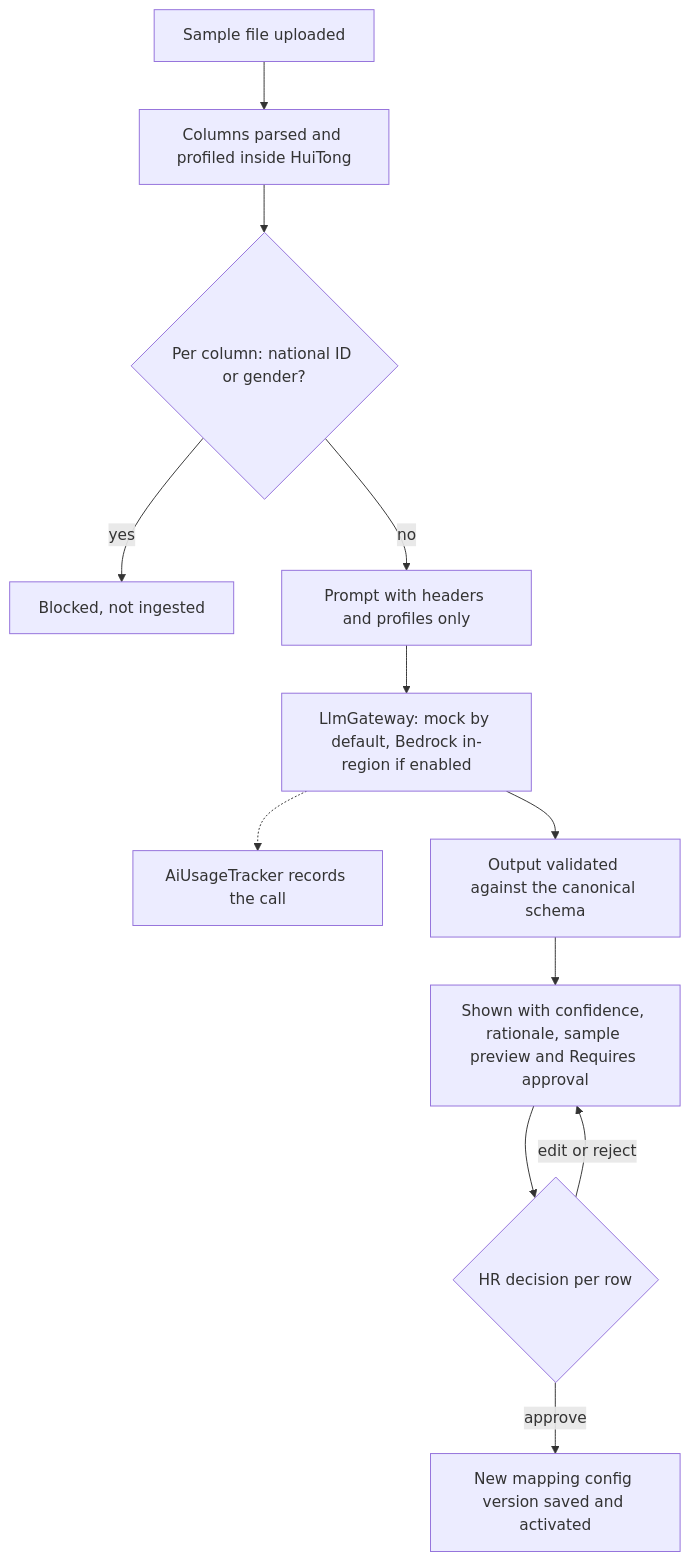
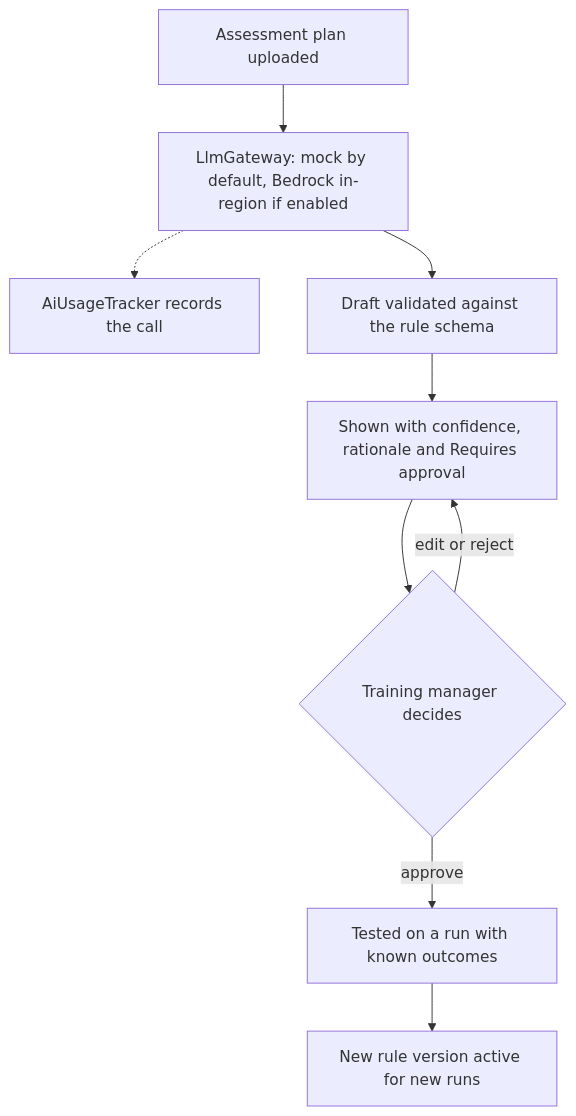
Before and after one commit to xiu2809xiu-rgb/sccci-innovation-project: the second of 2 diagrams in docs/grs/grs-by-design.md, drawn with Mermaid. The commit also changed other lines of this file and 2 other files, not shown here.

````diff
--- a/docs/grs/grs-by-design.md
+++ b/docs/grs/grs-by-design.md
@@ -379,14 +345,11 @@
 ```mermaid
 flowchart TD
-    U["Sample file uploaded"] --> P["Columns parsed and profiled inside HuiTong"]
-    P --> B{"Per column: national ID or gender?"}
-    B -->|yes| X["Blocked, not ingested"]
-    B -->|no| Q["Prompt with headers and profiles only"]
-    Q --> G["LlmGateway: mock by default, Bedrock in-region if enabled"]
+    U["Assessment plan uploaded"] --> G["LlmGateway: mock by default, Bedrock in-region if enabled"]
     G -.-> T["AiUsageTracker records the call"]
-    G --> V["Output validated against the canonical schema"]
-    V --> R["Shown with confidence, rationale, sample preview and Requires approval"]
-    R --> H{"HR decision per row"}
+    G --> V["Draft validated against the rule schema"]
+    V --> R["Shown with confidence, rationale and Requires approval"]
+    R --> H{"Training manager decides"}
     H -->|edit or reject| R
-    H -->|approve| C["New mapping config version saved and activated"]
+    H -->|approve| X["Tested on a run with known outcomes"]
+    X --> A["New rule version active for new runs"]
 ```
````
